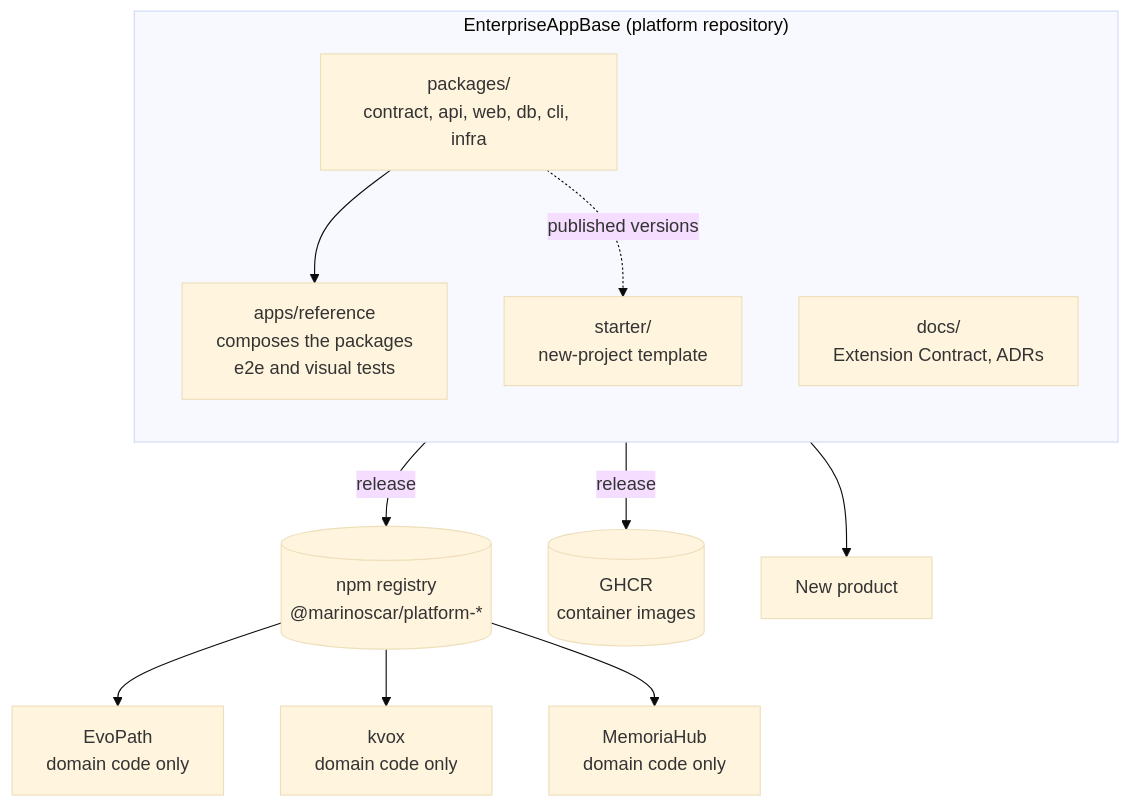
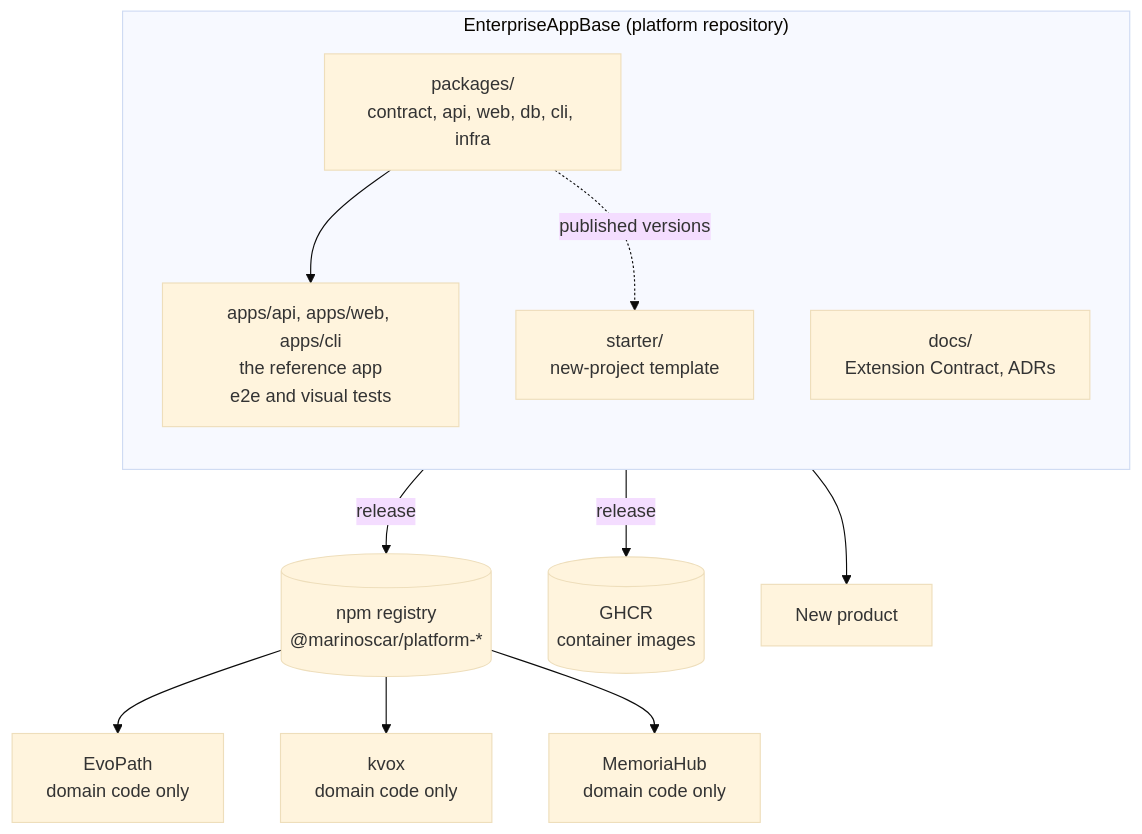
The first of 8 diagrams in docs/specs/platform-packages.md (marinoscar/EnterpriseAppBase), drawn with Mermaid (base theme) before and after one commit. The commit also changed other lines of this file, not shown here.

````diff
--- a/docs/specs/platform-packages.md
+++ b/docs/specs/platform-packages.md
@@ -217,20 +220,20 @@
 ```mermaid
 flowchart TB
   subgraph platform["EnterpriseAppBase (platform repository)"]
     direction TB
     pk["packages/<br/>contract, api, web, db, cli, infra"]
-    ref["apps/reference<br/>composes the packages<br/>e2e and visual tests"]
+    ref["apps/api, apps/web, apps/cli<br/>the reference app<br/>e2e and visual tests"]
     st["starter/<br/>new-project template"]
     dc["docs/<br/>Extension Contract, ADRs"]
     pk --> ref
     pk -. "published versions" .-> st
   end
   npm[("npm registry<br/>@marinoscar/platform-*")]
   ghcr[("GHCR<br/>container images")]
   pk -->|"release"| npm
   ref -->|"release"| ghcr
   npm --> evo["EvoPath<br/>domain code only"]
   npm --> kvox["kvox<br/>domain code only"]
   npm --> memo["MemoriaHub<br/>domain code only"]
   st --> newapp["New product"]
 ```
````
